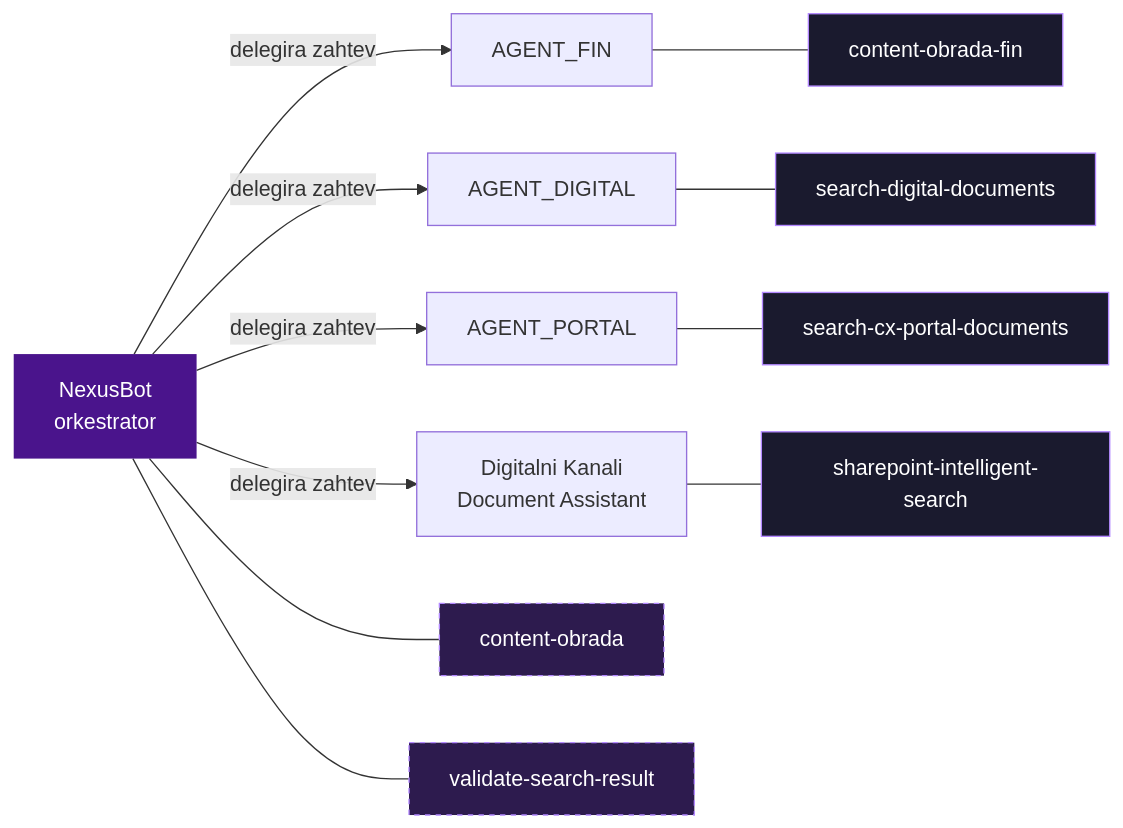
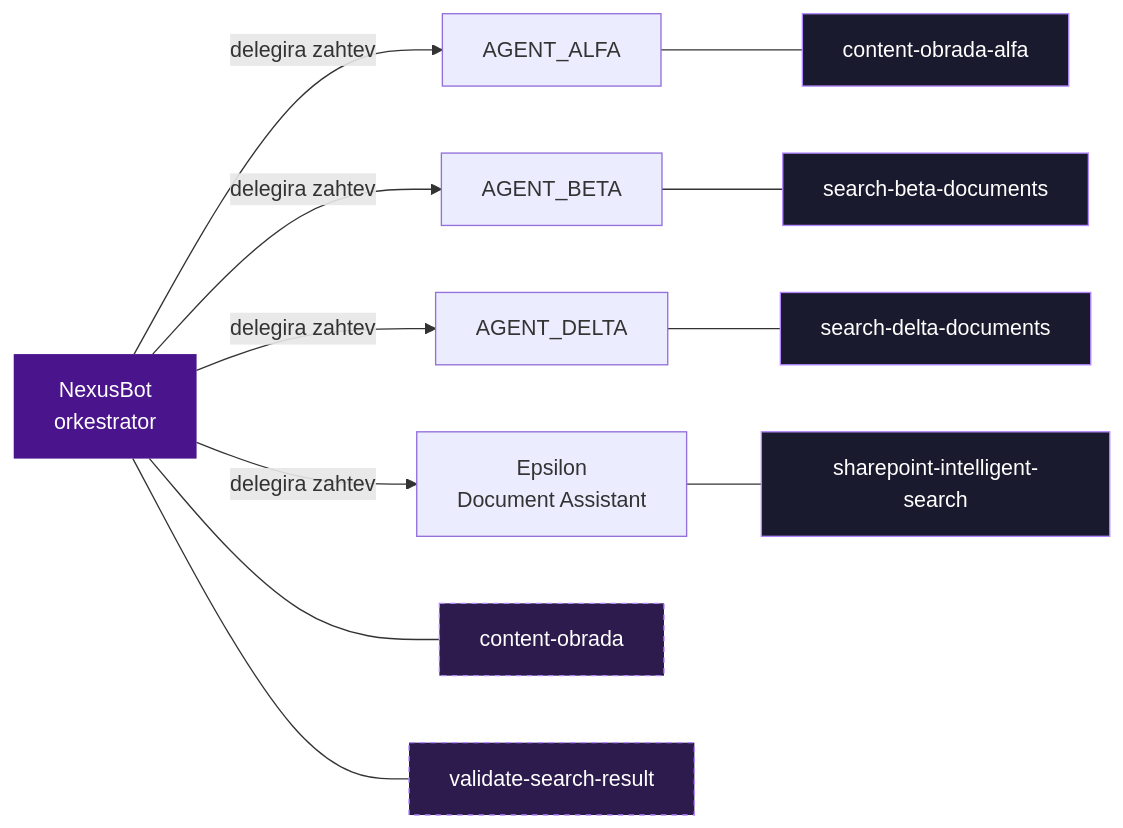
The diagram in skills/overview.mdx (NikolaSae/nexus-SNF), drawn with Mermaid before and after one commit. The commit also changed other lines of this file and 35 other files, not shown here.

````diff
--- a/skills/overview.mdx
+++ b/skills/overview.mdx
@@ -22,38 +22,38 @@
 ```mermaid
 flowchart LR
     O["NexusBot
     orkestrator"]
-    A1["AGENT_FIN"]
-    A2["AGENT_DIGITAL"]
-    A3["AGENT_PORTAL"]
-    A4["Digitalni Kanali
+    A1["AGENT_ALFA"]
+    A2["AGENT_BETA"]
+    A3["AGENT_DELTA"]
+    A4["Epsilon
     Document Assistant"]
 
     SK_CO["content-obrada"]
-    SK_FIN["content-obrada-fin"]
-    SK_DIG["search-digital-documents"]
-    SK_CX["search-cx-portal-documents"]
+    SK_ALFA["content-obrada-alfa"]
+    SK_BETA["search-beta-documents"]
+    SK_DELTA["search-delta-documents"]
     SK_SP["sharepoint-intelligent-search"]
     SK_VAL["validate-search-result"]
 
     O -->|"delegira zahtev"| A1
     O -->|"delegira zahtev"| A2
     O -->|"delegira zahtev"| A3
     O -->|"delegira zahtev"| A4
 
     O --- SK_CO
     O --- SK_VAL
 
-    A1 --- SK_FIN
-    A2 --- SK_DIG
-    A3 --- SK_CX
+    A1 --- SK_ALFA
+    A2 --- SK_BETA
+    A3 --- SK_DELTA
     A4 --- SK_SP
 
     style O fill:#4A148C,color:#fff,stroke:none
     style SK_CO fill:#2d1b4e,color:#fff,stroke:#B388FF,stroke-dasharray:4
     style SK_VAL fill:#2d1b4e,color:#fff,stroke:#B388FF,stroke-dasharray:4
-    style SK_FIN fill:#1a1a2e,color:#fff,stroke:#B388FF
-    style SK_DIG fill:#1a1a2e,color:#fff,stroke:#B388FF
-    style SK_CX fill:#1a1a2e,color:#fff,stroke:#B388FF
+    style SK_ALFA fill:#1a1a2e,color:#fff,stroke:#B388FF
+    style SK_BETA fill:#1a1a2e,color:#fff,stroke:#B388FF
+    style SK_DELTA fill:#1a1a2e,color:#fff,stroke:#B388FF
     style SK_SP fill:#1a1a2e,color:#fff,stroke:#B388FF
 ```
````
